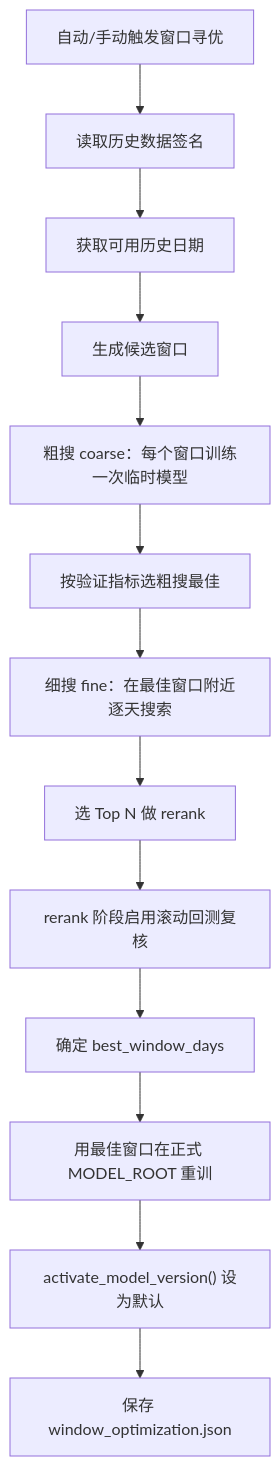
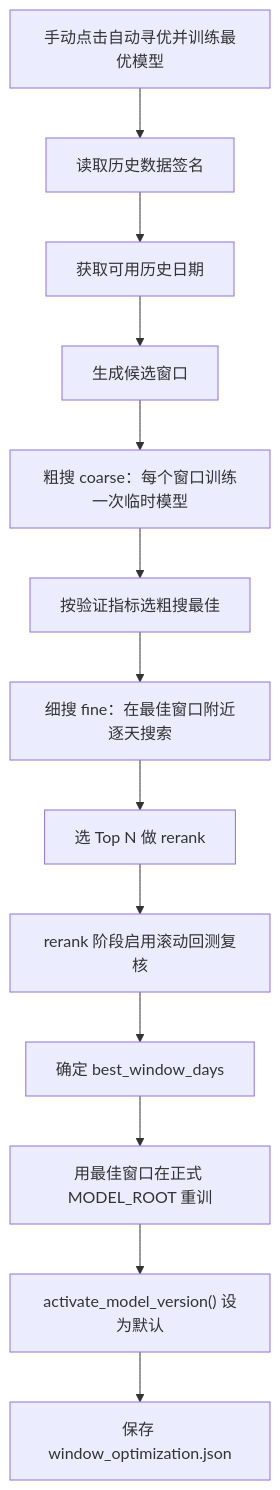
One commit to lixiaolong823278468/my-demo changed diagram 16 of 17 in docs/training_model_flow.md. Above: the diagram before and after it, drawn with Mermaid. The commit also changed other lines of this file and 96 other files, not shown here.

````diff
--- a/docs/training_model_flow.md
+++ b/docs/training_model_flow.md
@@ -660,15 +660,15 @@
 ```mermaid
 flowchart TD
-  A["自动/手动触发窗口寻优"] --> B["读取历史数据签名"]
+  A["手动点击自动寻优并训练最优模型"] --> B["读取历史数据签名"]
   B --> C["获取可用历史日期"]
   C --> D["生成候选窗口"]
   D --> E["粗搜 coarse：每个窗口训练一次临时模型"]
   E --> F["按验证指标选粗搜最佳"]
   F --> G["细搜 fine：在最佳窗口附近逐天搜索"]
   G --> H["选 Top N 做 rerank"]
   H --> I["rerank 阶段启用滚动回测复核"]
   I --> J["确定 best_window_days"]
   J --> K["用最佳窗口在正式 MODEL_ROOT 重训"]
   K --> L["activate_model_version() 设为默认"]
   L --> M["保存 window_optimization.json"]
 ```
````
